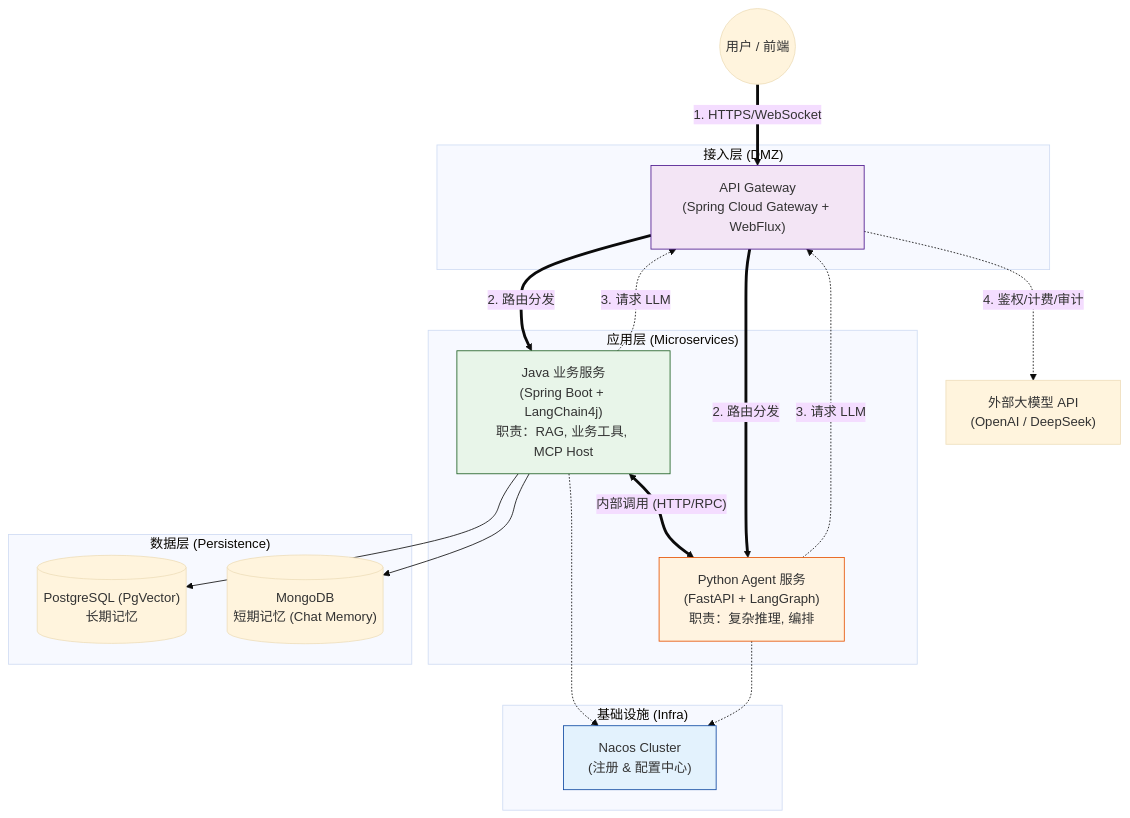
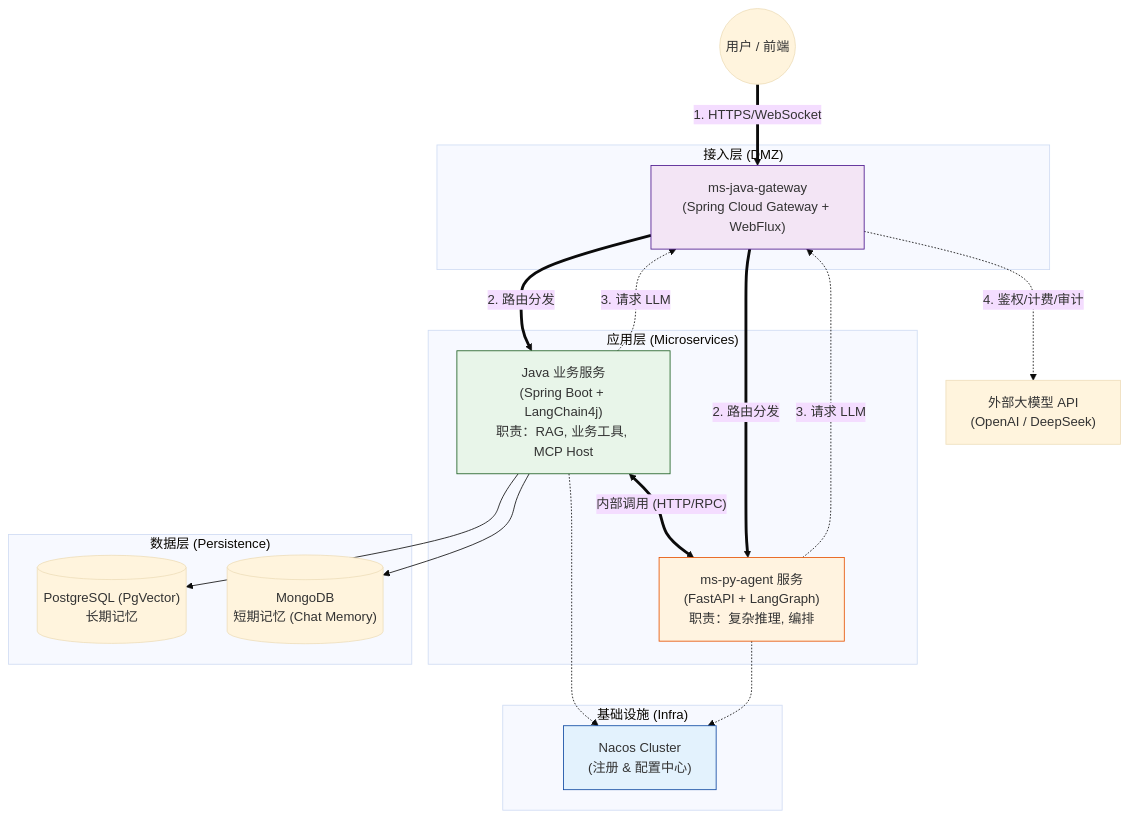
Before and after one commit to tianyaqpzm/ms-ng-view: the first of 2 diagrams in doc/instruction.md, drawn with Mermaid (base theme). The commit also changed other lines of this file and 29 other files, not shown here.

````diff
--- a/doc/instruction.md
+++ b/doc/instruction.md
@@ -9,65 +9,65 @@
 ```Mermaid
 graph TD
     %% ==========================================
     %% 外部层
     %% ==========================================
     User(("用户 / 前端"))
     LLM_Provider["外部大模型 API\n(OpenAI / DeepSeek)"]
     
     %% ==========================================
     %% 网关层 (Spring Cloud Gateway)
     %% ==========================================
     subgraph "接入层 (DMZ)"
-        Gateway["API Gateway\n(Spring Cloud Gateway + WebFlux)"]
+        Gateway["ms-java-gateway\n(Spring Cloud Gateway + WebFlux)"]
         style Gateway fill:#f3e5f5,stroke:#4a148c
     end
 
     %% ==========================================
     %% 服务治理
     %% ==========================================
     subgraph "基础设施 (Infra)"
         Nacos["Nacos Cluster\n(注册 & 配置中心)"]
         style Nacos fill:#e3f2fd,stroke:#0d47a1
     end
 
     %% ==========================================
     %% 内部服务层
     %% ==========================================
     subgraph "应用层 (Microservices)"
         %% Java 服务
         JavaApp["Java 业务服务\n(Spring Boot + LangChain4j)\n职责：RAG, 业务工具, MCP Host"]
         style JavaApp fill:#e8f5e9,stroke:#1b5e20
         
         %% Python 服务
-        PythonApp["Python Agent 服务\n(FastAPI + LangGraph)\n职责：复杂推理, 编排"]
+        PythonApp["ms-py-agent 服务\n(FastAPI + LangGraph)\n职责：复杂推理, 编排"]
         style PythonApp fill:#fff3e0,stroke:#e65100
         
         %% 互通
         JavaApp <==>|"内部调用 (HTTP/RPC)"| PythonApp
         JavaApp -.-> Nacos
         PythonApp -.-> Nacos
     end
 
     %% ==========================================
     %% 数据层
     %% ==========================================
     subgraph "数据层 (Persistence)"
         PgVector[("PostgreSQL (PgVector)\n长期记忆")]
         Mongo[("MongoDB\n短期记忆 (Chat Memory)")]
     end
 
     %% ==========================================
     %% 连线
     %% ==========================================
     User ==>|"1. HTTPS/WebSocket"| Gateway
     Gateway ==>|"2. 路由分发"| JavaApp
     Gateway ==>|"2. 路由分发"| PythonApp
     
     JavaApp --> PgVector
     JavaApp --> Mongo
     
     %% AI Proxy 模式
     JavaApp -.->|"3. 请求 LLM"| Gateway
     PythonApp -.->|"3. 请求 LLM"| Gateway
     Gateway -.->|"4. 鉴权/计费/审计"| LLM_Provider
 ```
````
